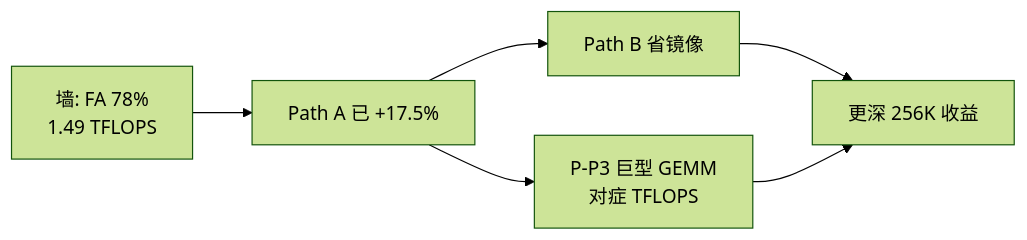
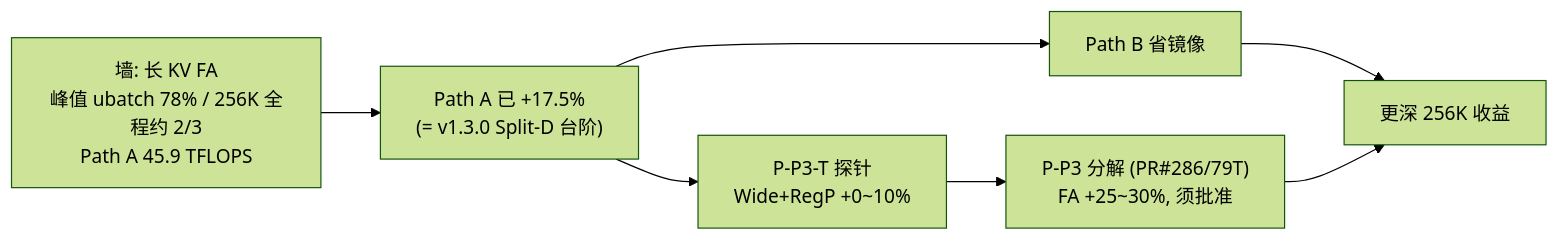
The third of 3 diagrams in docs/v100-dev/4-规划拓扑图.md (1115714829/Llama.cpp-V100), drawn with Mermaid (forest theme) before and after one commit. The commit also changed other lines of this file and 6 other files, not shown here.

````diff
--- a/docs/v100-dev/4-规划拓扑图.md
+++ b/docs/v100-dev/4-规划拓扑图.md
@@ -109,8 +113,9 @@
 ```mermaid
 flowchart LR
-  WALL["墙: FA 78%<br/>1.49 TFLOPS"] --> PA["Path A 已 +17.5%"]
+  WALL["墙: 长 KV FA<br/>峰值 ubatch 78% / 256K 全程约 2/3<br/>Path A 45.9 TFLOPS"] --> PA["Path A 已 +17.5%<br/>(= v1.3.0 Split-D 台阶)"]
   PA --> PB["Path B 省镜像"]
-  PA --> PG["P-P3 巨型 GEMM<br/>对症 TFLOPS"]
+  PA --> PT["P-P3-T 探针<br/>Wide+RegP +0~10%"]
+  PT --> PG["P-P3 分解 (PR#286/79T)<br/>FA +25~30%, 须批准"]
   PB --> OK["更深 256K 收益"]
   PG --> OK
 ```
````
